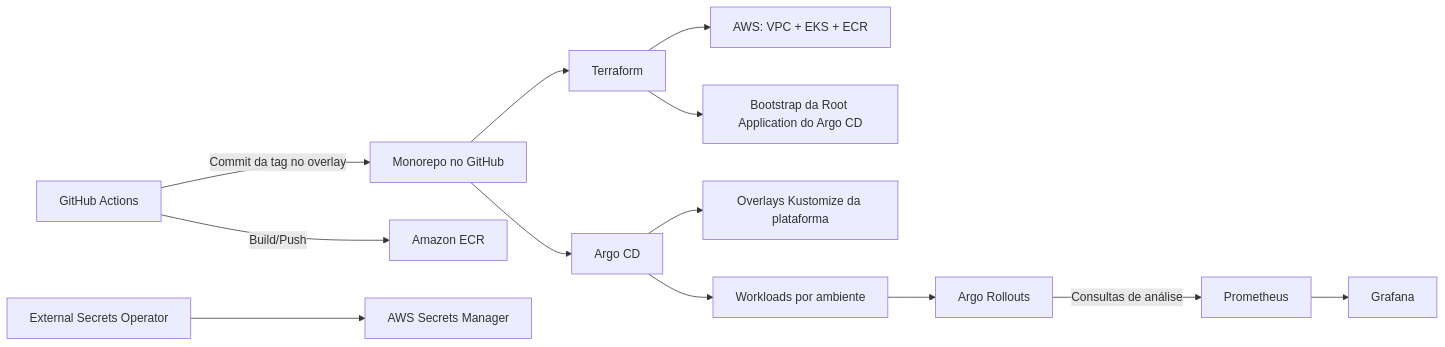
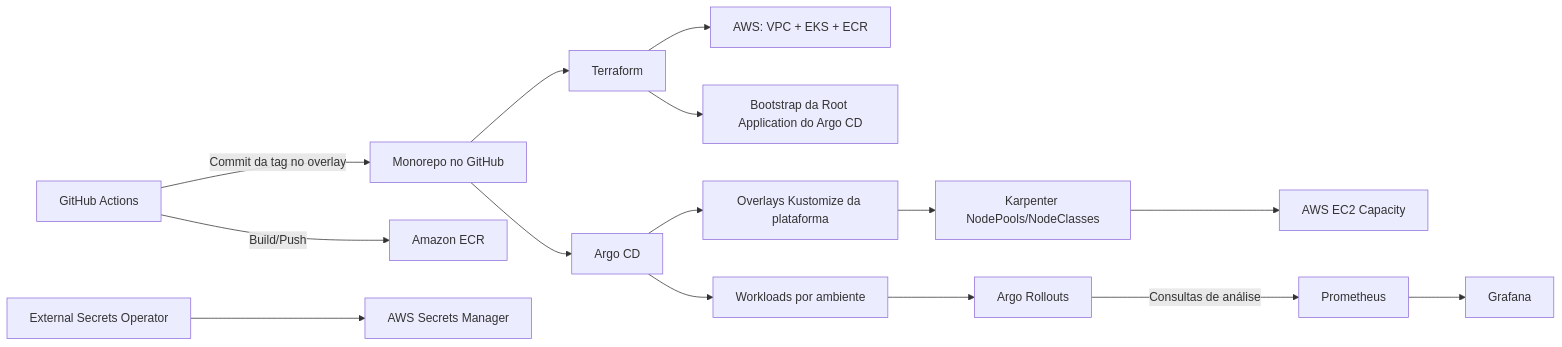
Before and after one commit to tharlesson-platform/argocd: the diagram in README.md, drawn with Mermaid. The commit also changed other lines of this file and 34 other files, not shown here.

````diff
--- a/README.md
+++ b/README.md
@@ -65,19 +67,21 @@
 ```mermaid
 flowchart LR
   GIT[Monorepo no GitHub] --> TF[Terraform]
   TF --> AWS[AWS: VPC + EKS + ECR]
   TF --> BOOT[Bootstrap da Root Application do Argo CD]
 
   GIT --> ARGO[Argo CD]
   ARGO --> PLATFORM[Overlays Kustomize da plataforma]
   ARGO --> WORKLOADS[Workloads por ambiente]
+  PLATFORM --> KARP[Karpenter NodePools/NodeClasses]
+  KARP --> AWSCAP[AWS EC2 Capacity]
 
   CI[GitHub Actions] -->|Build/Push| ECR[Amazon ECR]
   CI -->|Commit da tag no overlay| GIT
 
   WORKLOADS --> ROLL[Argo Rollouts]
   ROLL -->|Consultas de análise| PROM[Prometheus]
   PROM --> GRAF[Grafana]
 
   ESO[External Secrets Operator] --> ASM[AWS Secrets Manager]
 ```
````
